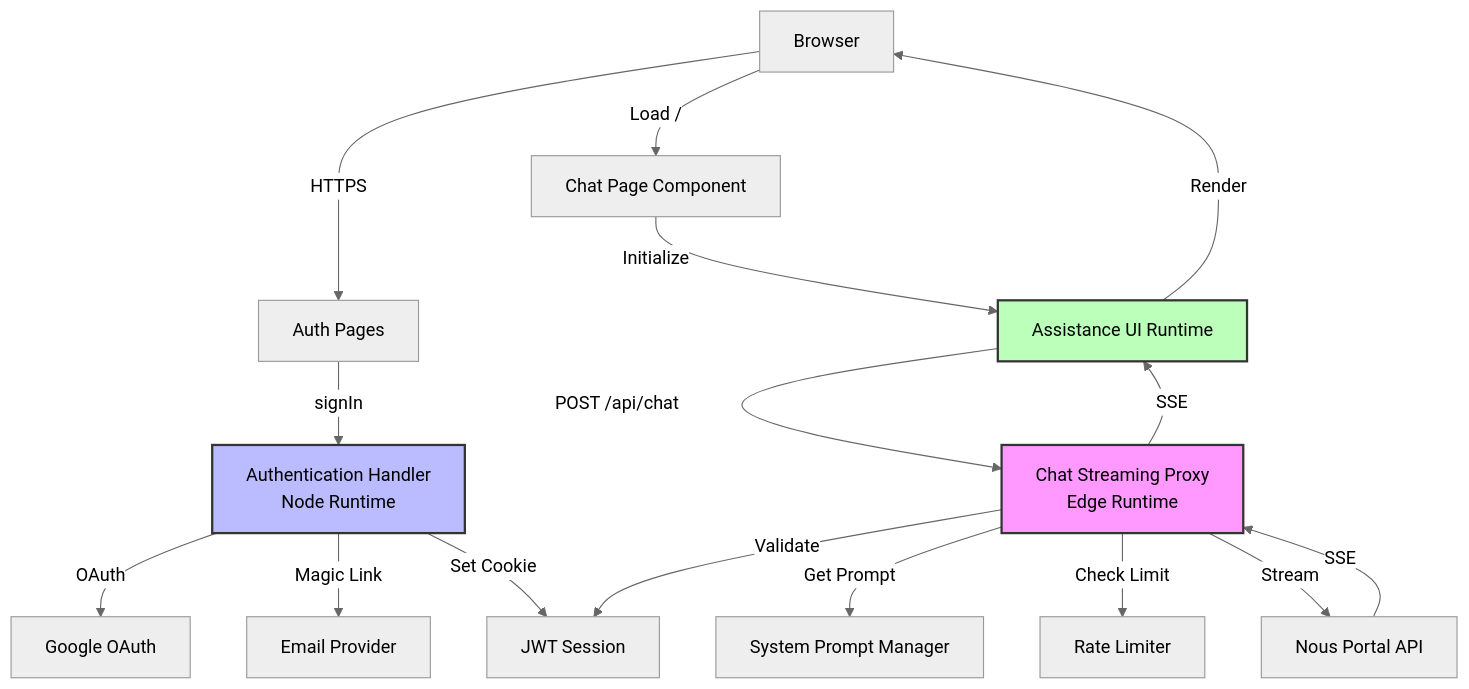
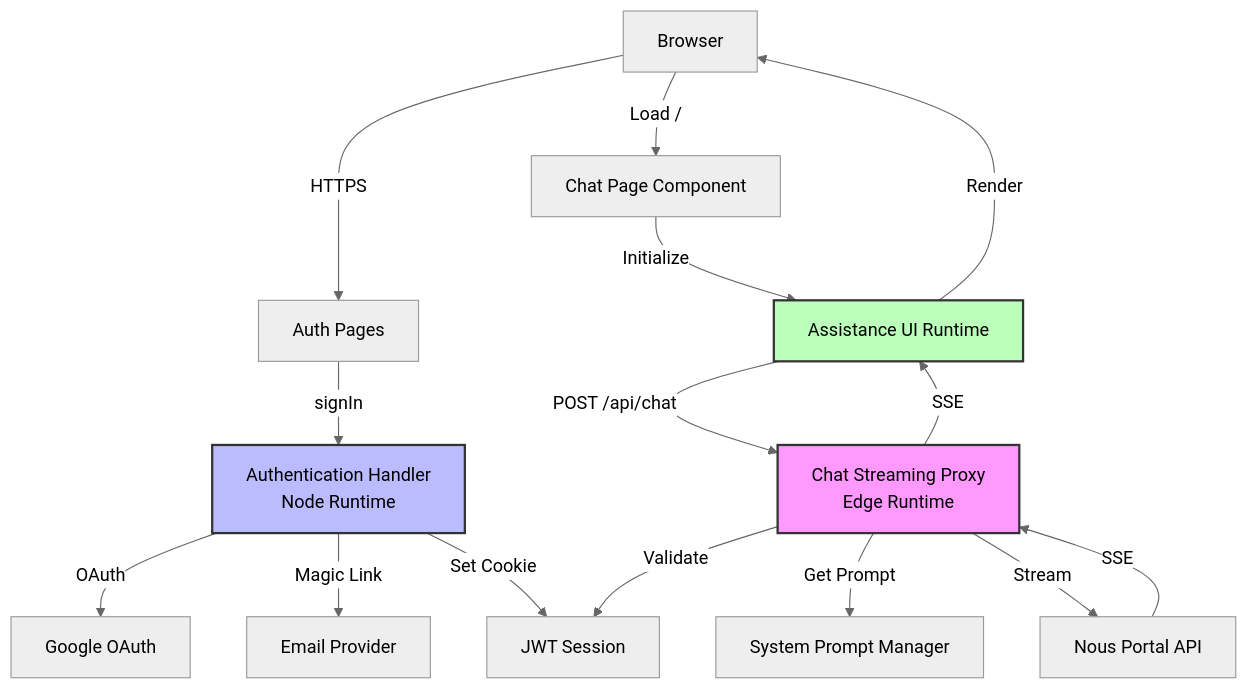
The diagram in docs/architecture/components.md (ajbmachon/buddah-bot), drawn with Mermaid (neutral theme) before and after one commit. The commit also changed other lines of this file and 41 other files, not shown here.

````diff
--- a/docs/architecture/components.md
+++ b/docs/architecture/components.md
@@ -313,26 +276,25 @@
 ```mermaid
 graph TD
     Browser[Browser] -->|HTTPS| Login[Auth Pages]
     Login -->|signIn| AuthHandler[Authentication Handler<br/>Node Runtime]
 
     AuthHandler -->|OAuth| Google[Google OAuth]
     AuthHandler -->|Magic Link| Email[Email Provider]
     AuthHandler -->|Set Cookie| Session[JWT Session]
 
     Browser -->|Load /| ChatPage[Chat Page Component]
     ChatPage -->|Initialize| Runtime[Assistance UI Runtime]
 
     Runtime -->|POST /api/chat| StreamProxy[Chat Streaming Proxy<br/>Edge Runtime]
     StreamProxy -->|Validate| Session
     StreamProxy -->|Get Prompt| PromptMgr[System Prompt Manager]
-    StreamProxy -->|Check Limit| RateLimit[Rate Limiter]
     StreamProxy -->|Stream| NousAPI[Nous Portal API]
 
     NousAPI -->|SSE| StreamProxy
     StreamProxy -->|SSE| Runtime
     Runtime -->|Render| Browser
 
     style StreamProxy fill:#f9f,stroke:#333,stroke-width:2px
     style AuthHandler fill:#bbf,stroke:#333,stroke-width:2px
     style Runtime fill:#bfb,stroke:#333,stroke-width:2px
 ```
````
